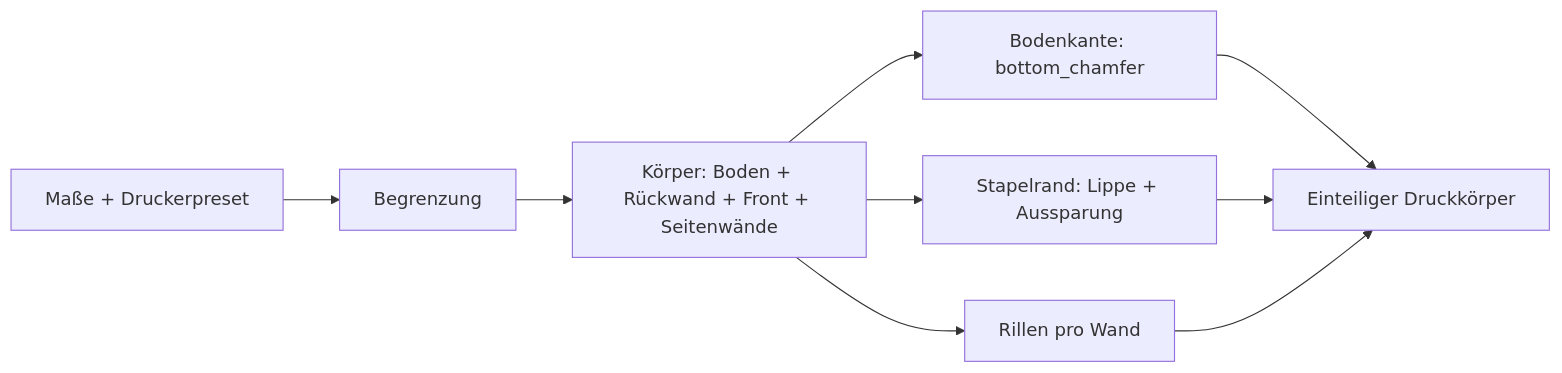
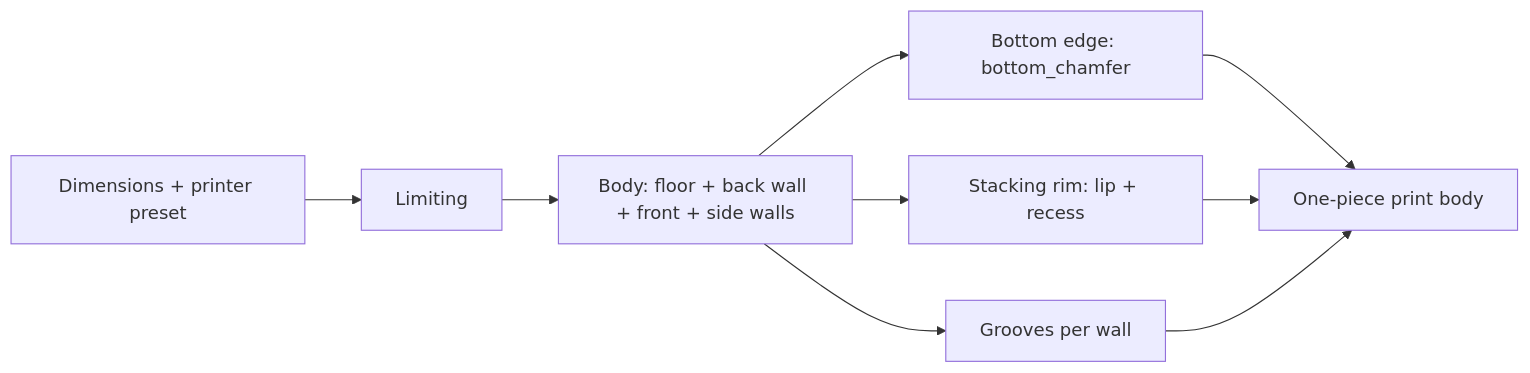
One commit to BetaHydri/parametric-cad-models changed the diagram in models/openscad-parametric-storage-bin/README.md. Above: the diagram before and after it, drawn with Mermaid. The commit also changed other lines of this file and 57 other files, not shown here.

````diff
--- a/models/openscad-parametric-storage-bin/README.md
+++ b/models/openscad-parametric-storage-bin/README.md
@@ -226,11 +225,11 @@
 ```mermaid
 flowchart LR
-    M[Maße + Druckerpreset] --> K[Begrenzung]
-    K --> B[Körper: Boden + Rückwand + Front + Seitenwände]
-    B --> C[Bodenkante: bottom_chamfer]
-    B --> S[Stapelrand: Lippe + Aussparung]
-    B --> R[Rillen pro Wand]
-    C --> O[Einteiliger Druckkörper]
+    M[Dimensions + printer preset] --> K[Limiting]
+    K --> B[Body: floor + back wall + front + side walls]
+    B --> C[Bottom edge: bottom_chamfer]
+    B --> S[Stacking rim: lip + recess]
+    B --> R[Grooves per wall]
+    C --> O[One-piece print body]
     S --> O
     R --> O
 ```
````
